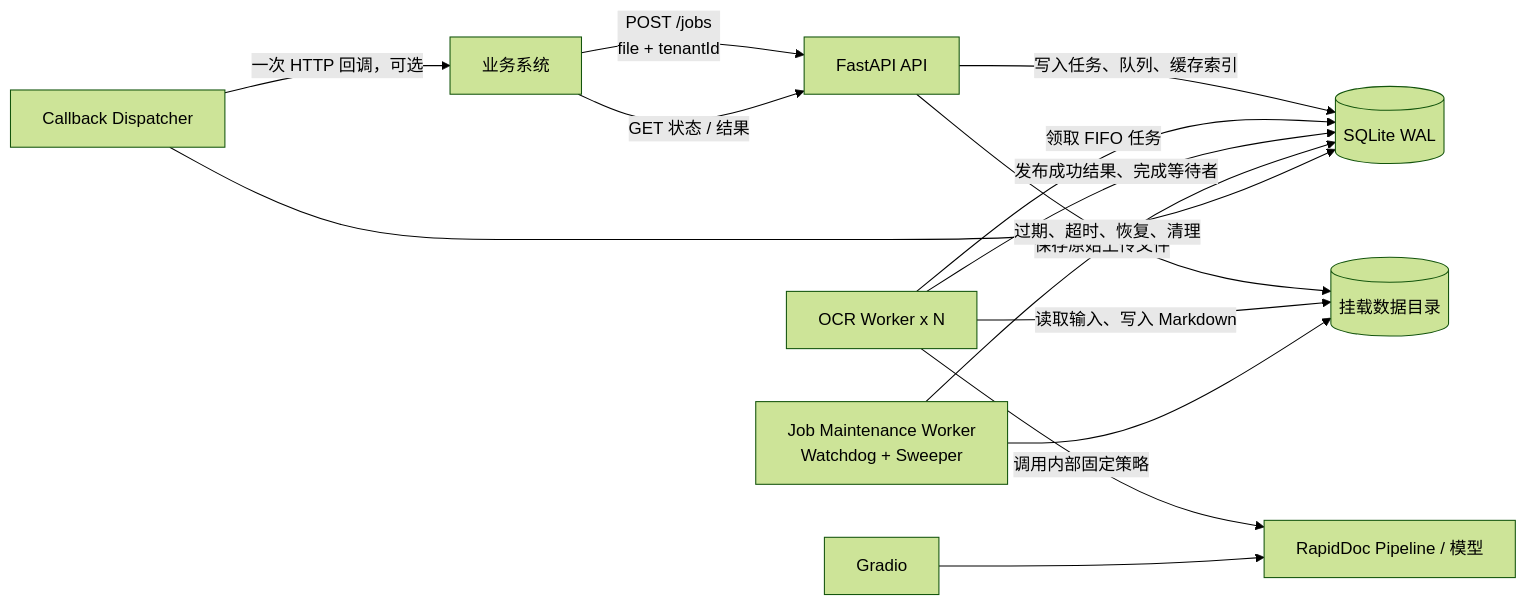
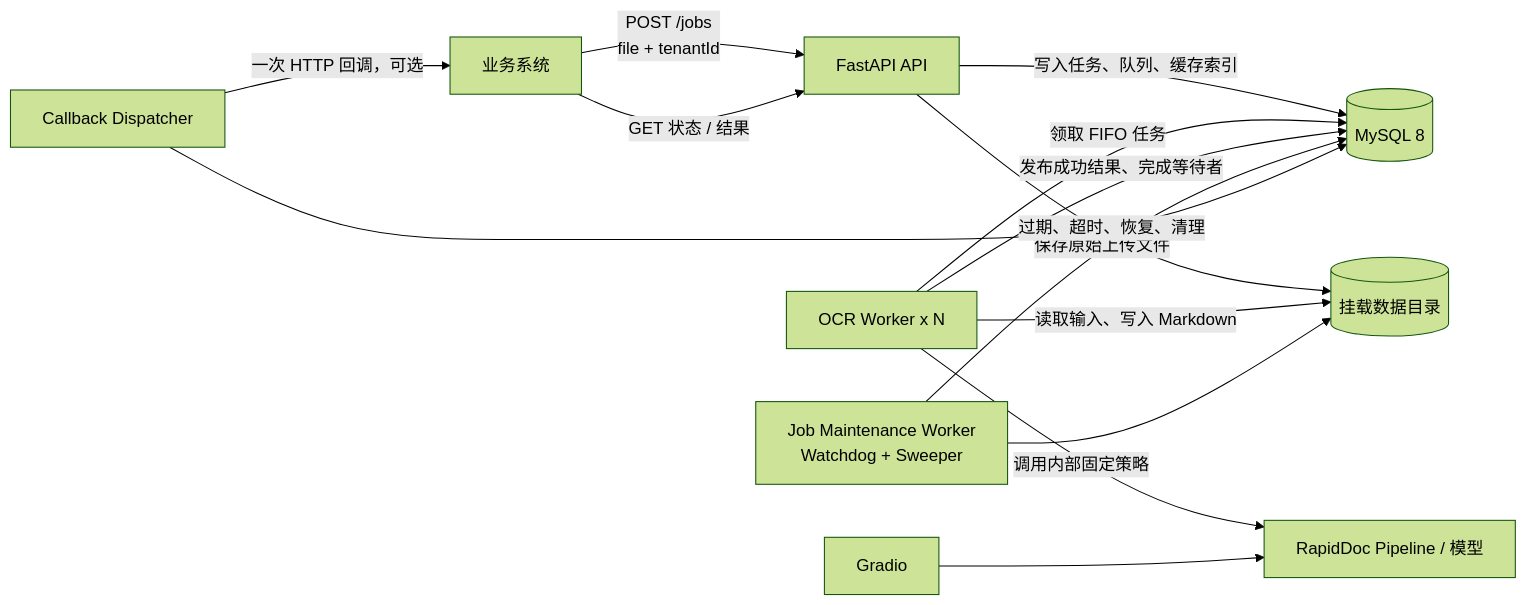
One commit to lizz0725/RapidDoc changed the first of 5 diagrams in docs/architecture/rapid-doc-async-job-concurrency-consensus-zh-CN.md. Above: the diagram before and after it, drawn with Mermaid (forest theme). The commit also changed other lines of this file and 23 other files, not shown here.

````diff
--- a/docs/architecture/rapid-doc-async-job-concurrency-consensus-zh-CN.md
+++ b/docs/architecture/rapid-doc-async-job-concurrency-consensus-zh-CN.md
@@ -57,16 +57,16 @@
 ```mermaid
 flowchart LR
     B[业务系统] -->|POST /jobs\nfile + tenantId| A[FastAPI API]
     B -->|GET 状态 / 结果| A
-    A -->|写入任务、队列、缓存索引| DB[(SQLite WAL)]
+    A -->|写入任务、队列、缓存索引| DB[(MySQL 8)]
     A -->|保存原始上传文件| FS[(挂载数据目录)]
     W[OCR Worker x N] -->|领取 FIFO 任务| DB
     W -->|读取输入、写入 Markdown| FS
     W -->|调用内部固定策略| RD[RapidDoc Pipeline / 模型]
     W -->|发布成功结果、完成等待者| DB
     M[Job Maintenance Worker\nWatchdog + Sweeper] -->|过期、超时、恢复、清理| DB
     M --> FS
     C[Callback Dispatcher] -->|一次 HTTP 回调，可选| B
     C --> DB
     G[Gradio] --> RD
 ```
````
